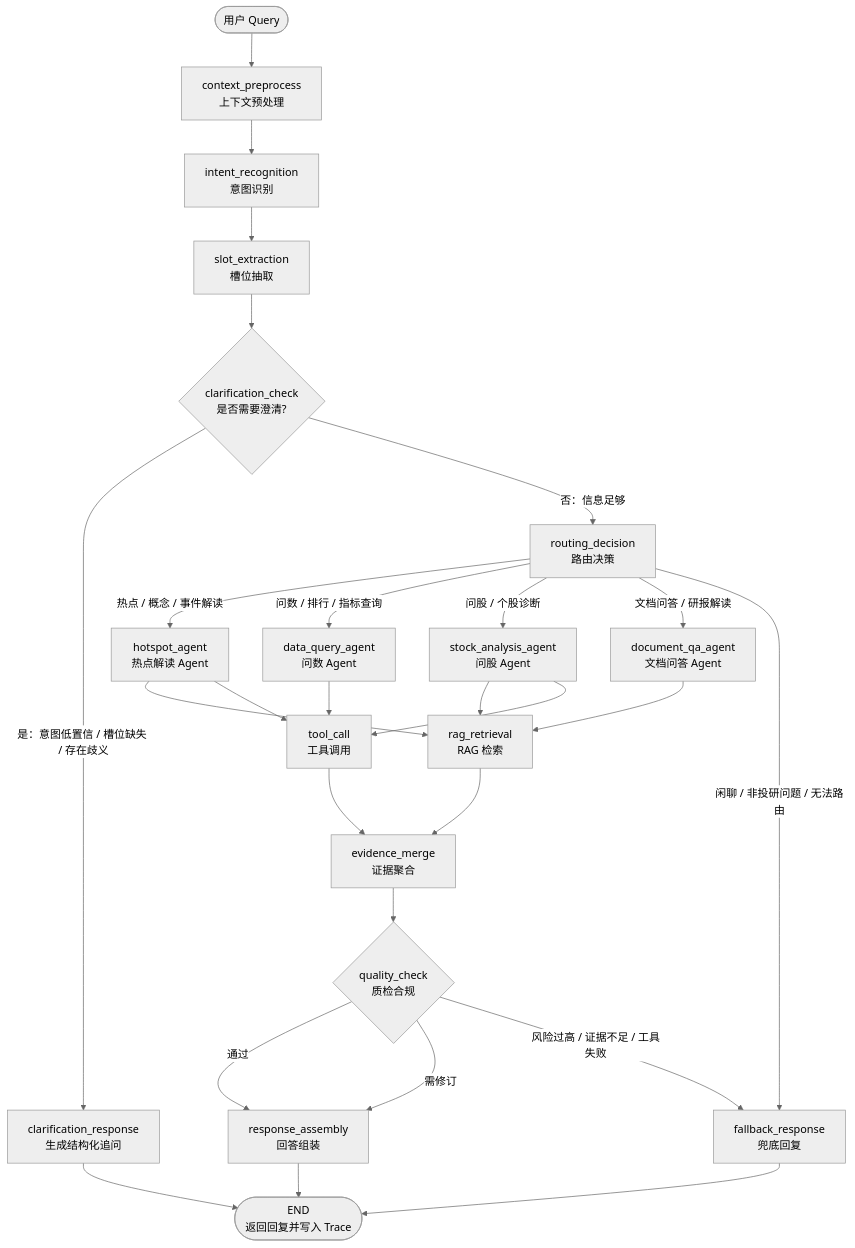
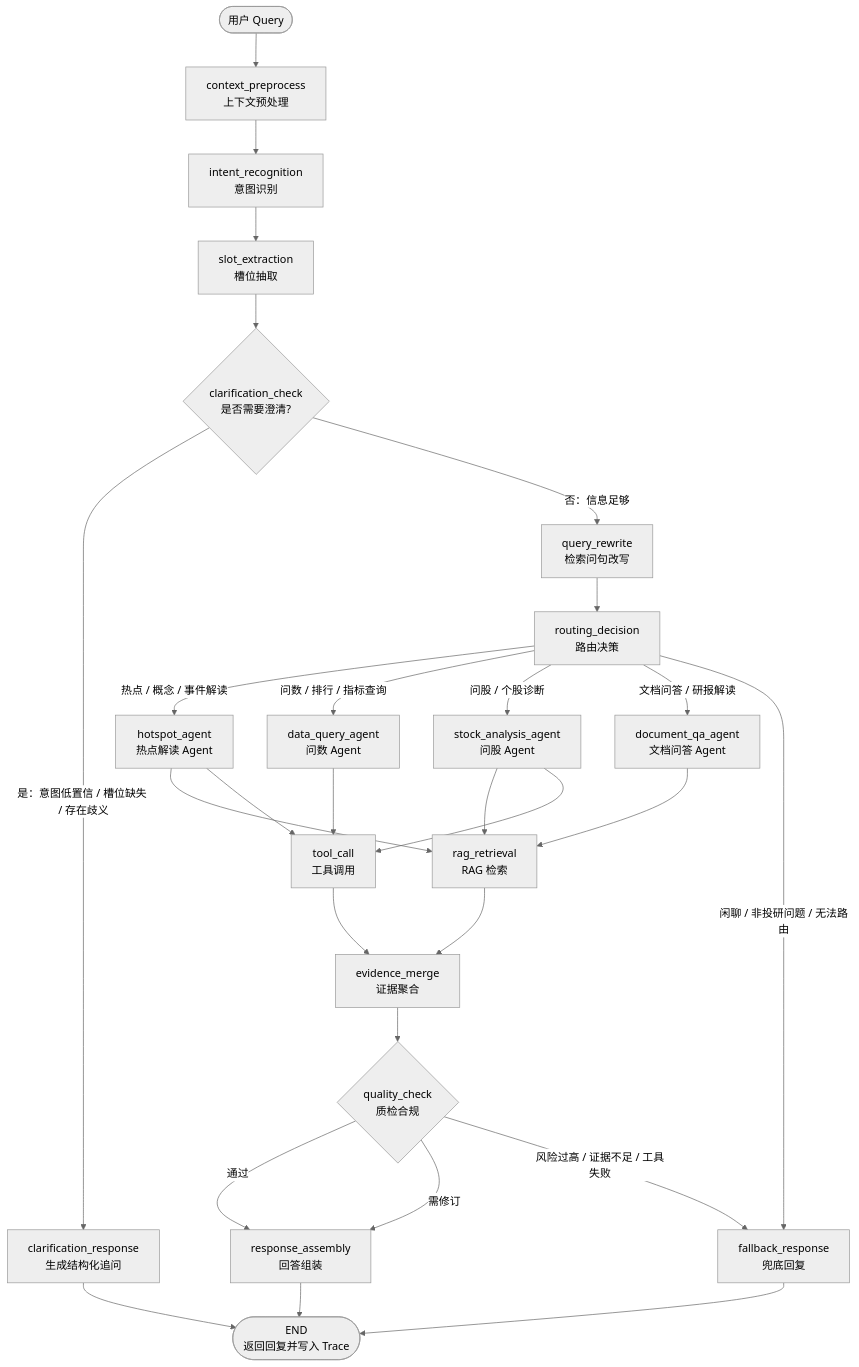
Before and after one commit to PompeiiChan/TideSignal-InvestmentResearch: the diagram in docs/agent/langgraph-flow.md, drawn with Mermaid (neutral theme). The commit also changed other lines of this file and 16 other files, not shown here.

````diff
--- a/docs/agent/langgraph-flow.md
+++ b/docs/agent/langgraph-flow.md
@@ -37,40 +38,41 @@
 ```mermaid
 flowchart TD
     START([用户 Query]) --> context_preprocess[context_preprocess<br/>上下文预处理]
 
     context_preprocess --> intent_recognition[intent_recognition<br/>意图识别]
     intent_recognition --> slot_extraction[slot_extraction<br/>槽位抽取]
     slot_extraction --> clarification_check{clarification_check<br/>是否需要澄清?}
 
     clarification_check -- 是：意图低置信 / 槽位缺失 / 存在歧义 --> clarification_response[clarification_response<br/>生成结构化追问]
     clarification_response --> END([END<br/>返回回复并写入 Trace])
 
-    clarification_check -- 否：信息足够 --> routing_decision[routing_decision<br/>路由决策]
+    clarification_check -- 否：信息足够 --> query_rewrite[query_rewrite<br/>检索问句改写]
+    query_rewrite --> routing_decision[routing_decision<br/>路由决策]
 
     routing_decision -- 热点 / 概念 / 事件解读 --> hotspot_agent[hotspot_agent<br/>热点解读 Agent]
     routing_decision -- 问数 / 排行 / 指标查询 --> data_query_agent[data_query_agent<br/>问数 Agent]
     routing_decision -- 问股 / 个股诊断 --> stock_analysis_agent[stock_analysis_agent<br/>问股 Agent]
     routing_decision -- 文档问答 / 研报解读 --> document_qa_agent[document_qa_agent<br/>文档问答 Agent]
     routing_decision -- 闲聊 / 非投研问题 / 无法路由 --> fallback_response[fallback_response<br/>兜底回复]
 
     hotspot_agent --> rag_retrieval[rag_retrieval<br/>RAG 检索]
     hotspot_agent --> tool_call[tool_call<br/>工具调用]
 
     data_query_agent --> tool_call
     stock_analysis_agent --> rag_retrieval
     stock_analysis_agent --> tool_call
 
     document_qa_agent --> rag_retrieval
 
     rag_retrieval --> evidence_merge[evidence_merge<br/>证据聚合]
     tool_call --> evidence_merge
 
     evidence_merge --> quality_check{quality_check<br/>质检合规}
 
     quality_check -- 通过 --> response_assembly[response_assembly<br/>回答组装]
     quality_check -- 需修订 --> response_assembly
     quality_check -- 风险过高 / 证据不足 / 工具失败 --> fallback_response
 
     response_assembly --> END
     fallback_response --> END
 ```
````
